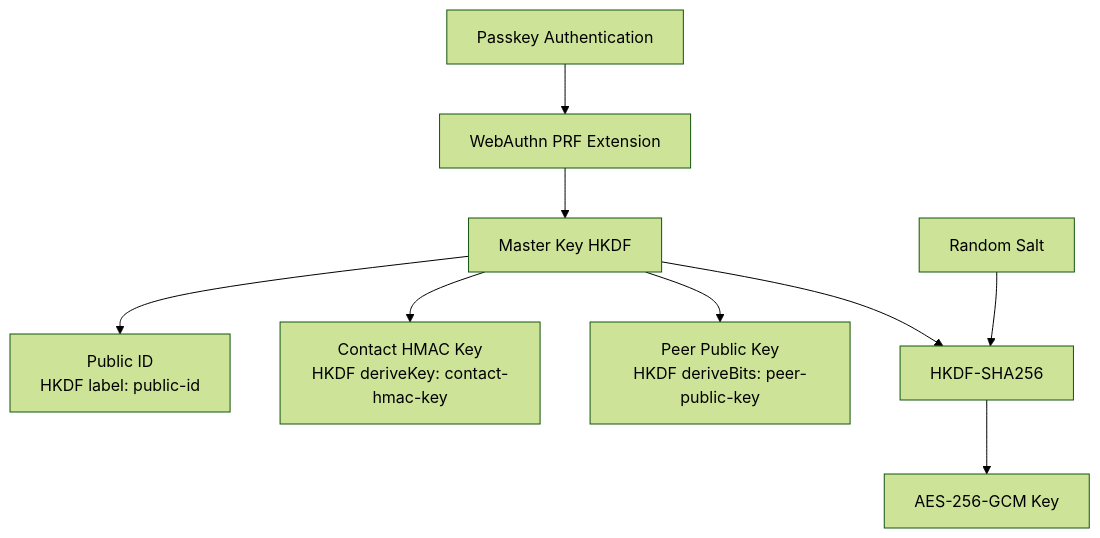
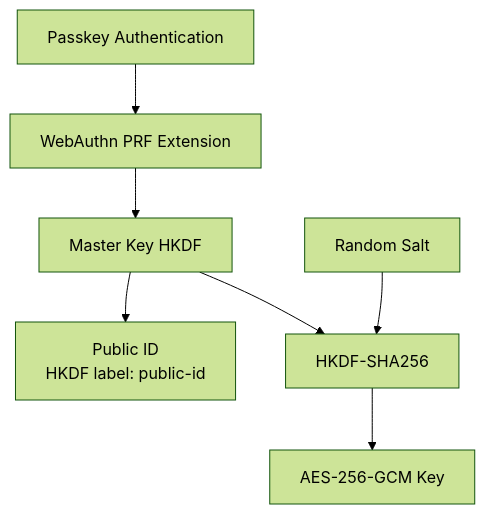
Before and after one commit to andrewtheguy/secure-send-web: the first of 3 diagrams in docs/PASSKEY_ARCHITECTURE.md, drawn with Mermaid (forest theme). The commit also changed other lines of this file and 3 other files, not shown here.

````diff
--- a/docs/PASSKEY_ARCHITECTURE.md
+++ b/docs/PASSKEY_ARCHITECTURE.md
@@ -269,11 +24,9 @@
 ```mermaid
 flowchart TD
     Passkey[Passkey Authentication] --> PRF[WebAuthn PRF Extension]
     PRF --> MasterKey[Master Key HKDF]
     MasterKey --> PublicId[Public ID<br/>HKDF label: public-id]
-    MasterKey --> ContactHmac[Contact HMAC Key<br/>HKDF deriveKey: contact-hmac-key]
-    MasterKey --> ContactPub[Peer Public Key<br/>HKDF deriveBits: peer-public-key]
     Salt[Random Salt] --> HKDF[HKDF-SHA256]
     MasterKey --> HKDF
     HKDF --> AESKey[AES-256-GCM Key]
 ```
````
